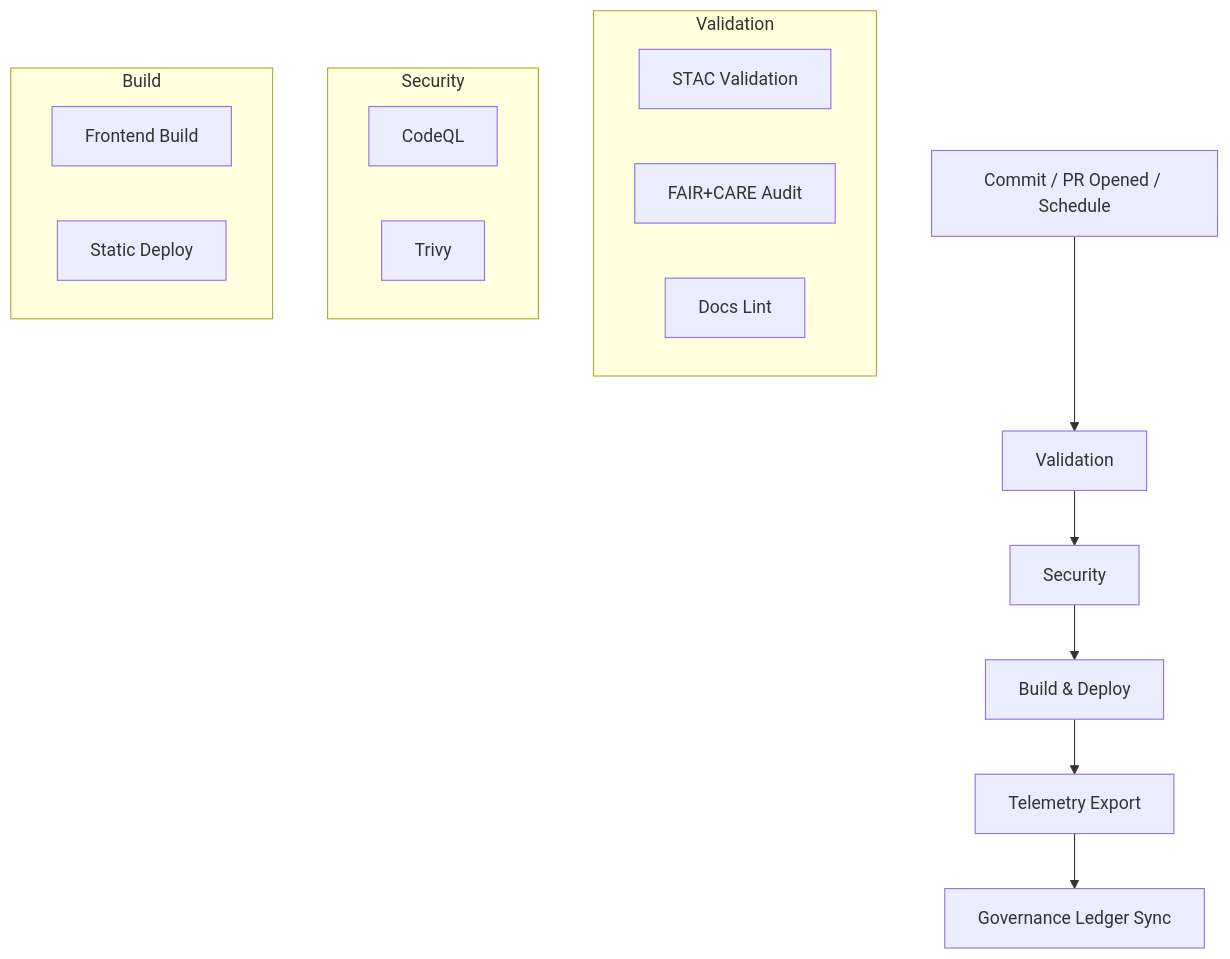
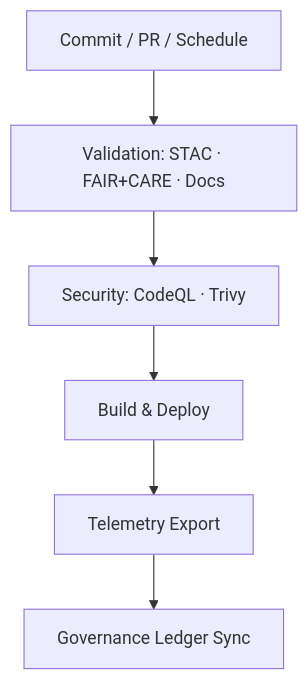
The diagram in .github/README.md (bartytime4life/Kansas-Frontier-Matrix), drawn with Mermaid before and after one commit. The commit also changed other lines of this file, not shown here.

````diff
--- a/.github/README.md
+++ b/.github/README.md
@@ -121,24 +114,9 @@
 ```mermaid
 flowchart TD
-A["Commit / PR Opened / Schedule"] --> B["Validation"]
-B --> C["Security"]
-C --> D["Build & Deploy"]
-D --> E["Telemetry Export"]
-E --> F["Governance Ledger Sync"]
-
-subgraph Validation
-B1["STAC Validation"]
-B2["FAIR+CARE Audit"]
-B3["Docs Lint"]
-end
-
-subgraph Security
-C1["CodeQL"]
-C2["Trivy"]
-end
-
-subgraph Build
-D1["Frontend Build"]
-D2["Static Deploy"]
-end
+A["Commit / PR / Schedule"]
+-->B["Validation: STAC · FAIR+CARE · Docs"]
+-->C["Security: CodeQL · Trivy"]
+-->D["Build & Deploy"]
+-->E["Telemetry Export"]
+-->F["Governance Ledger Sync"]
 ```
````
